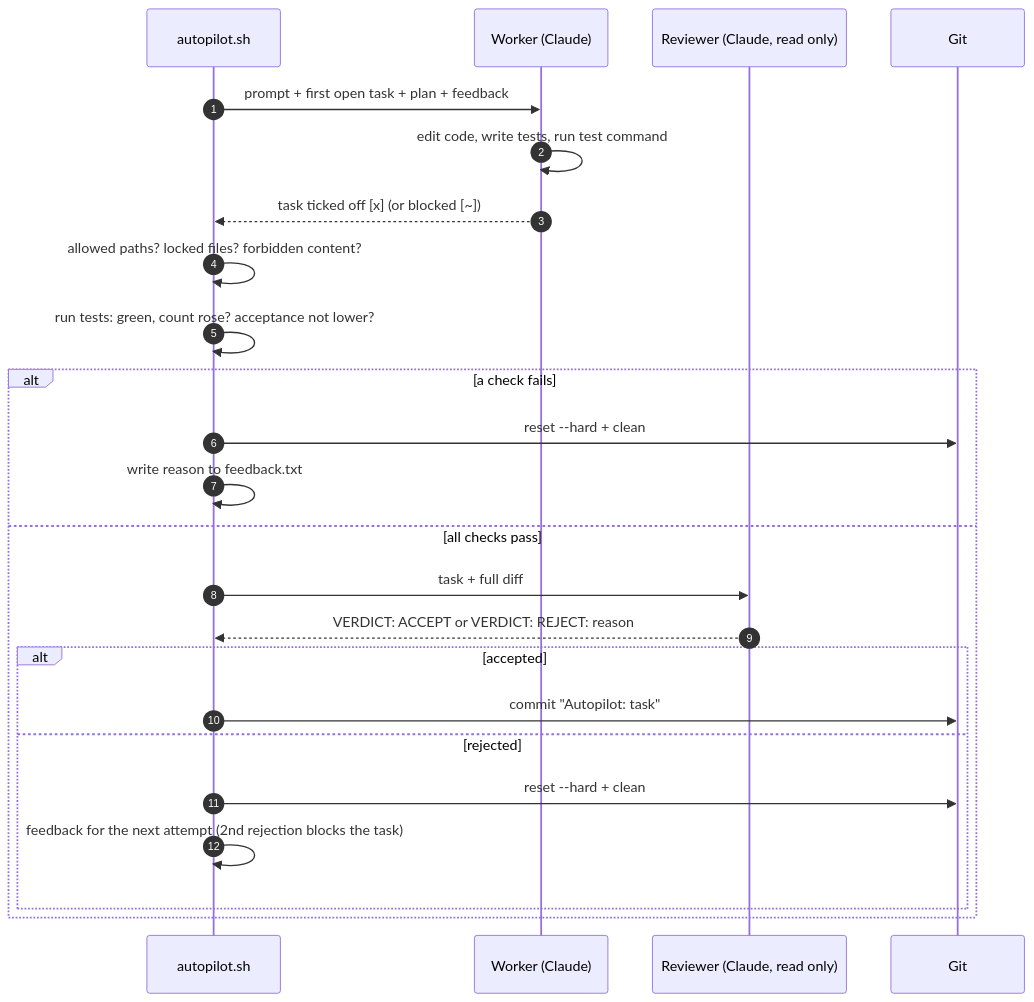
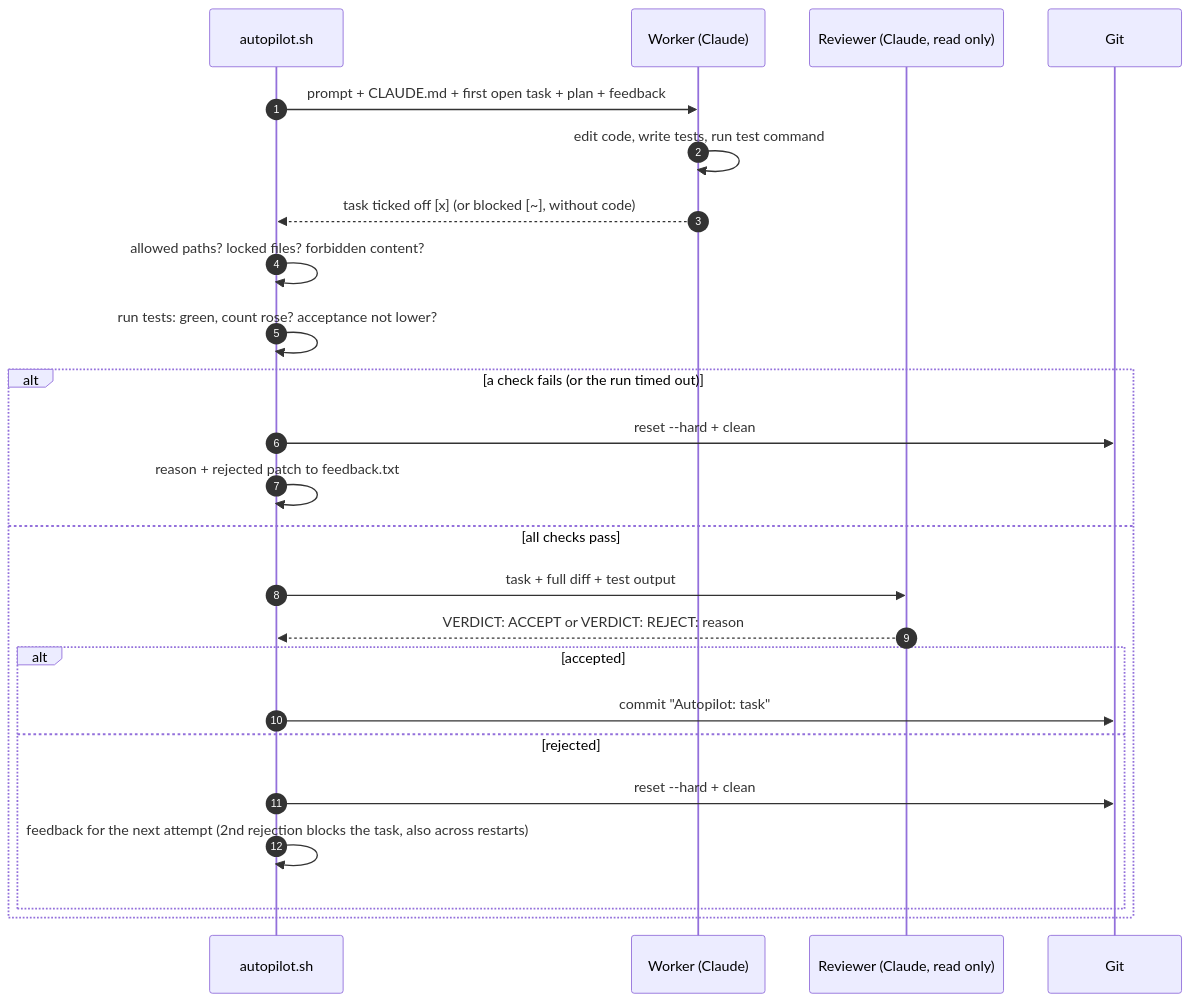
One commit to PlatinBit/autopilot-loop changed the second of 2 diagrams in README.md. Above: the diagram before and after it, drawn with Mermaid. The commit also changed other lines of this file and 25 other files, not shown here.

````diff
--- a/README.md
+++ b/README.md
@@ -72,26 +88,26 @@
 ```mermaid
 sequenceDiagram
     autonumber
     participant S as autopilot.sh
     participant W as Worker (Claude)
     participant R as Reviewer (Claude, read only)
     participant G as Git
-    S->>W: prompt + first open task + plan + feedback
+    S->>W: prompt + CLAUDE.md + first open task + plan + feedback
     W->>W: edit code, write tests, run test command
-    W-->>S: task ticked off [x] (or blocked [~])
+    W-->>S: task ticked off [x] (or blocked [~], without code)
     S->>S: allowed paths? locked files? forbidden content?
     S->>S: run tests: green, count rose? acceptance not lower?
-    alt a check fails
+    alt a check fails (or the run timed out)
         S->>G: reset --hard + clean
-        S->>S: write reason to feedback.txt
+        S->>S: reason + rejected patch to feedback.txt
     else all checks pass
-        S->>R: task + full diff
+        S->>R: task + full diff + test output
         R-->>S: VERDICT: ACCEPT or VERDICT: REJECT: reason
         alt accepted
             S->>G: commit "Autopilot: task"
         else rejected
             S->>G: reset --hard + clean
-            S->>S: feedback for the next attempt (2nd rejection blocks the task)
+            S->>S: feedback for the next attempt (2nd rejection blocks the task, also across restarts)
         end
     end
 ```
````
